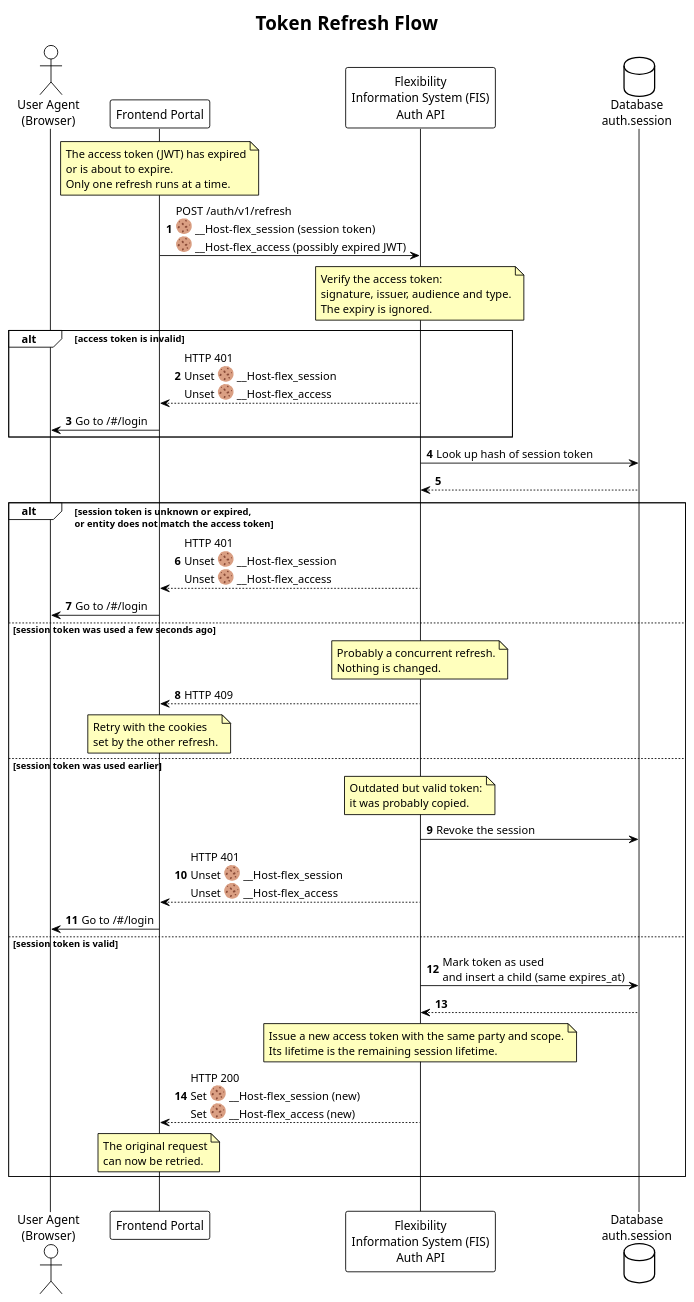
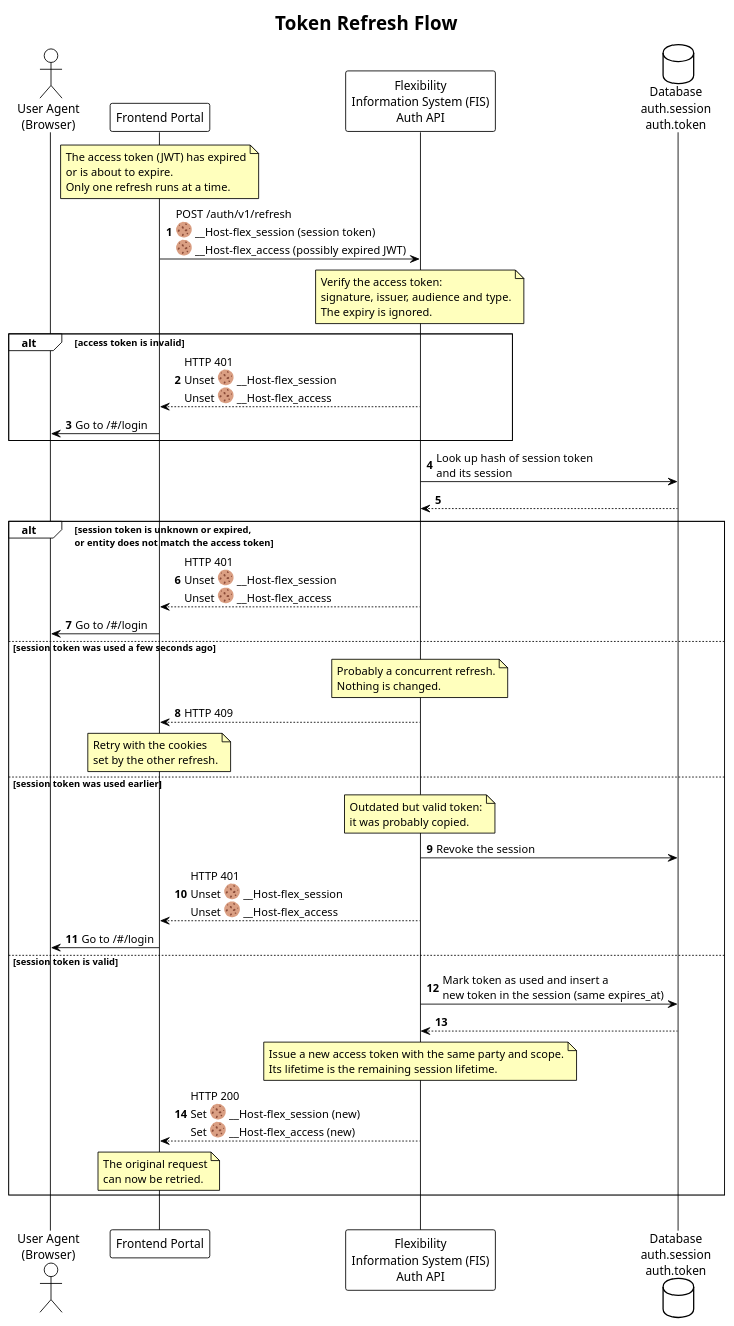
Before and after one commit to elhub/flex-information-system: the diagram in docs-dev/diagrams/token_refresh_sequence.plantuml, drawn with PlantUML. The commit also changed 4 other files, not shown here.

```diff
--- a/docs-dev/diagrams/token_refresh_sequence.plantuml
+++ b/docs-dev/diagrams/token_refresh_sequence.plantuml
@@ -1,76 +1,76 @@
 @startuml token_refresh_sequence
 
 !theme plain
 
 title Token Refresh Flow
 
 autonumber
 
 skinparam note {
     BackgroundColor #FFFFBD
 }
 
 actor "User Agent\n(Browser)" as UA
 participant "Frontend Portal" as PORTAL
 participant "Flexibility\nInformation System (FIS)\nAuth API" as AUTH
-database "Database\nauth.session" as DB
+database "Database\nauth.session\nauth.token" as DB
 
 note over PORTAL
     The access token (JWT) has expired
     or is about to expire.
     Only one refresh runs at a time.
 end note
 
 PORTAL -> AUTH: POST /auth/v1/refresh\n<:cookie:> __Host-flex_session (session token)\n<:cookie:> __Host-flex_access (possibly expired JWT)
 
 note over AUTH
     Verify the access token:
     signature, issuer, audience and type.
     The expiry is ignored.
 end note
 
 alt access token is invalid
     AUTH --> PORTAL: HTTP 401\nUnset <:cookie:> __Host-flex_session\nUnset <:cookie:> __Host-flex_access
     PORTAL -> UA: Go to /#/login
 end
 
-AUTH -> DB: Look up hash of session token
+AUTH -> DB: Look up hash of session token\nand its session
 DB --> AUTH
 
 alt session token is unknown or expired,\nor entity does not match the access token
     AUTH --> PORTAL: HTTP 401\nUnset <:cookie:> __Host-flex_session\nUnset <:cookie:> __Host-flex_access
     PORTAL -> UA: Go to /#/login
 else session token was used a few seconds ago
     note over AUTH
         Probably a concurrent refresh.
         Nothing is changed.
     end note
     AUTH --> PORTAL: HTTP 409
     note over PORTAL
         Retry with the cookies
         set by the other refresh.
     end note
 else session token was used earlier
     note over AUTH
         Outdated but valid token:
         it was probably copied.
     end note
     AUTH -> DB: Revoke the session
     AUTH --> PORTAL: HTTP 401\nUnset <:cookie:> __Host-flex_session\nUnset <:cookie:> __Host-flex_access
     PORTAL -> UA: Go to /#/login
 else session token is valid
-    AUTH -> DB: Mark token as used\nand insert a child (same expires_at)
+    AUTH -> DB: Mark token as used and insert a\nnew token in the session (same expires_at)
     DB --> AUTH
     note over AUTH
         Issue a new access token with the same party and scope.
         Its lifetime is the remaining session lifetime.
     end note
     AUTH --> PORTAL: HTTP 200\nSet <:cookie:> __Host-flex_session (new)\nSet <:cookie:> __Host-flex_access (new)
     note over PORTAL
         The original request
         can now be retried.
     end note
 end
 
 |||
 @enduml
```
